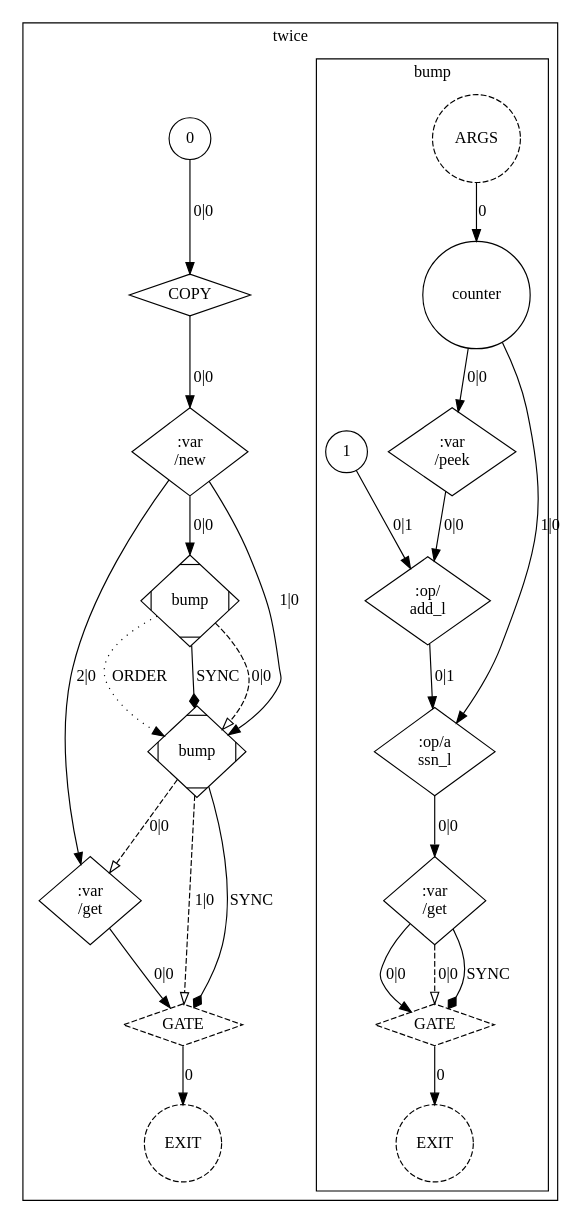
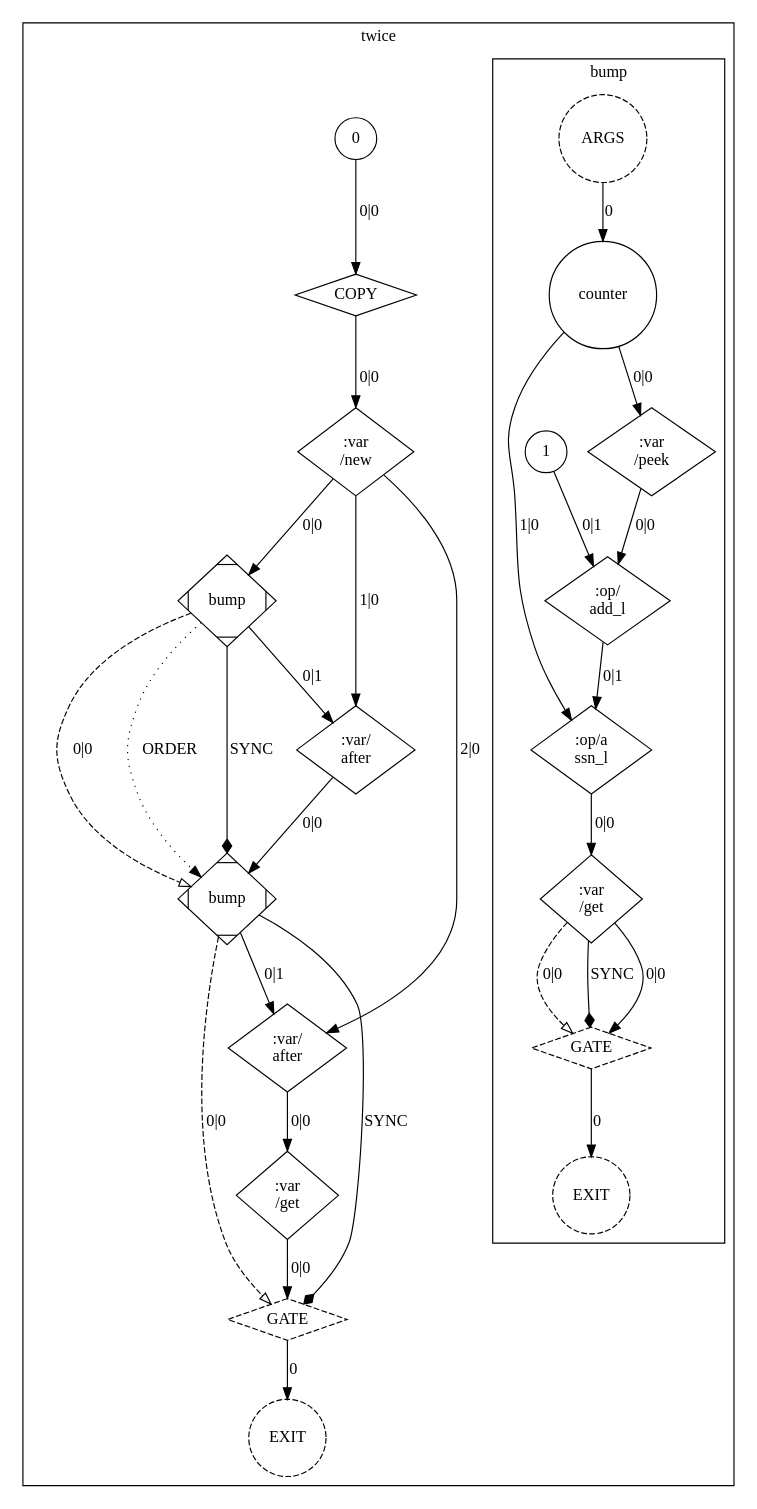
Before and after one commit to OpenCML/Camel: the diagram in docs/tutorial/images/10_var_order.dot, drawn with Graphviz. The commit also changed 3 other files, not shown here.

```diff
--- a/docs/tutorial/images/10_var_order.dot
+++ b/docs/tutorial/images/10_var_order.dot
@@ -1,51 +1,56 @@
 digraph GraphIR {
         subgraph cluster_F02 {
             label="twice";
-            tooltip="() => int pure";
+            tooltip="() => int uses ";
             subgraph cluster_F03 {
                 label="bump";
                 tooltip="(var counter: int) => int uses counter";
                 F03 [label="ARGS", type="ARGS", style=dashed, shape=circle];
                 O03 [label="EXIT", type="EXIT", style=dashed, shape=circle];
                 N00 [label="counter", type="PORT", param_name="counter", param_kind="normal", param_index="0", value_type="var int", shape=circle, style=solid, tooltip="counter"];
                 N01 [label="1", type="DATA", shape=circle, style=solid, value_type="int", tooltip="1"];
                 N02 [label=":op/\nadd_l", type="OPER", shape=diamond, style=solid, value_type="int", tooltip=":op/add_l"];
                 N03 [label=":var\n/peek", type="OPER", shape=diamond, style=solid, value_type="int", tooltip=":var/peek"];
                 N04 [label=":op/a\nssn_l", type="OPER", shape=diamond, style=solid, value_type="var int", tooltip=":op/assn_l"];
                 N05 [label=":var\n/get", type="OPER", shape=diamond, style=solid, value_type="int", tooltip=":var/get"];
                 N06 [label="GATE", type="GATE", shape=diamond, style=dashed, value_type="int", tooltip="GATE"];
                 F03 -> N00 [label="0", type="NORM_PORT", style=solid];
                 N06 -> O03 [label="0", type="EXIT", style=solid];
                 N03 -> N02 [label="0|0", type="NORM"];
                 N01 -> N02 [label="0|1", type="NORM"];
                 N00 -> N03 [label="0|0", type="NORM"];
                 N00 -> N04 [label="1|0", type="NORM"];
                 N02 -> N04 [label="0|1", type="NORM"];
                 N04 -> N05 [label="0|0", type="NORM"];
                 N05 -> N06 [label="0|0", type="NORM"];
                 N05 -> N06 [label="0|0", type="CTRL", style=dashed, arrowhead=empty];
                 N05 -> N06 [label="SYNC", type="SYNC", style=solid, arrowhead=diamond];
             }
             O02 [label="EXIT", type="EXIT", style=dashed, shape=circle];
             N07 [label="0", type="DATA", shape=circle, style=solid, value_type="int", tooltip="0"];
             N08 [label="COPY", type="COPY", shape=diamond, style=solid, value_type="int", tooltip="COPY"];
             N09 [label=":var\n/new", type="OPER", shape=diamond, style=solid, value_type="var int", tooltip=":var/new"];
             N0A [label="bump", type="FUNC", shape=Mdiamond, style=solid, width=1.1, height=1.1, value_type="int", tooltip="bump"];
             N0B [label="bump", type="FUNC", shape=Mdiamond, style=solid, width=1.1, height=1.1, value_type="int", tooltip="bump"];
-            N0C [label=":var\n/get", type="OPER", shape=diamond, style=solid, value_type="int", tooltip=":var/get"];
-            N0D [label="GATE", type="GATE", shape=diamond, style=dashed, value_type="int", tooltip="GATE"];
-            N0D -> O02 [label="0", type="EXIT", style=solid];
+            N0C [label=":var/\nafter", type="OPER", shape=diamond, style=solid, value_type="var int", tooltip=":var/after"];
+            N0D [label=":var/\nafter", type="OPER", shape=diamond, style=solid, value_type="var int", tooltip=":var/after"];
+            N0E [label=":var\n/get", type="OPER", shape=diamond, style=solid, value_type="int", tooltip=":var/get"];
+            N0F [label="GATE", type="GATE", shape=diamond, style=dashed, value_type="int", tooltip="GATE"];
+            N0F -> O02 [label="0", type="EXIT", style=solid];
             N07 -> N08 [label="0|0", type="NORM"];
             N08 -> N09 [label="0|0", type="NORM"];
             N09 -> N0A [label="0|0", type="NORM"];
-            N09 -> N0B [label="1|0", type="NORM"];
+            N0C -> N0B [label="0|0", type="NORM"];
             N0A -> N0B [label="0|0", type="CTRL", style=dashed, arrowhead=empty];
             N0A -> N0B [label="ORDER", type="ORDER", style=dotted];
             N0A -> N0B [label="SYNC", type="SYNC", style=solid, arrowhead=diamond];
-            N09 -> N0C [label="2|0", type="NORM"];
-            N0B -> N0C [label="0|0", type="CTRL", style=dashed, arrowhead=empty];
-            N0C -> N0D [label="0|0", type="NORM"];
-            N0B -> N0D [label="1|0", type="CTRL", style=dashed, arrowhead=empty];
-            N0B -> N0D [label="SYNC", type="SYNC", style=solid, arrowhead=diamond];
+            N09 -> N0C [label="1|0", type="NORM"];
+            N0A -> N0C [label="0|1", type="NORM"];
+            N09 -> N0D [label="2|0", type="NORM"];
+            N0B -> N0D [label="0|1", type="NORM"];
+            N0D -> N0E [label="0|0", type="NORM"];
+            N0E -> N0F [label="0|0", type="NORM"];
+            N0B -> N0F [label="0|0", type="CTRL", style=dashed, arrowhead=empty];
+            N0B -> N0F [label="SYNC", type="SYNC", style=solid, arrowhead=diamond];
         }
 }
```
